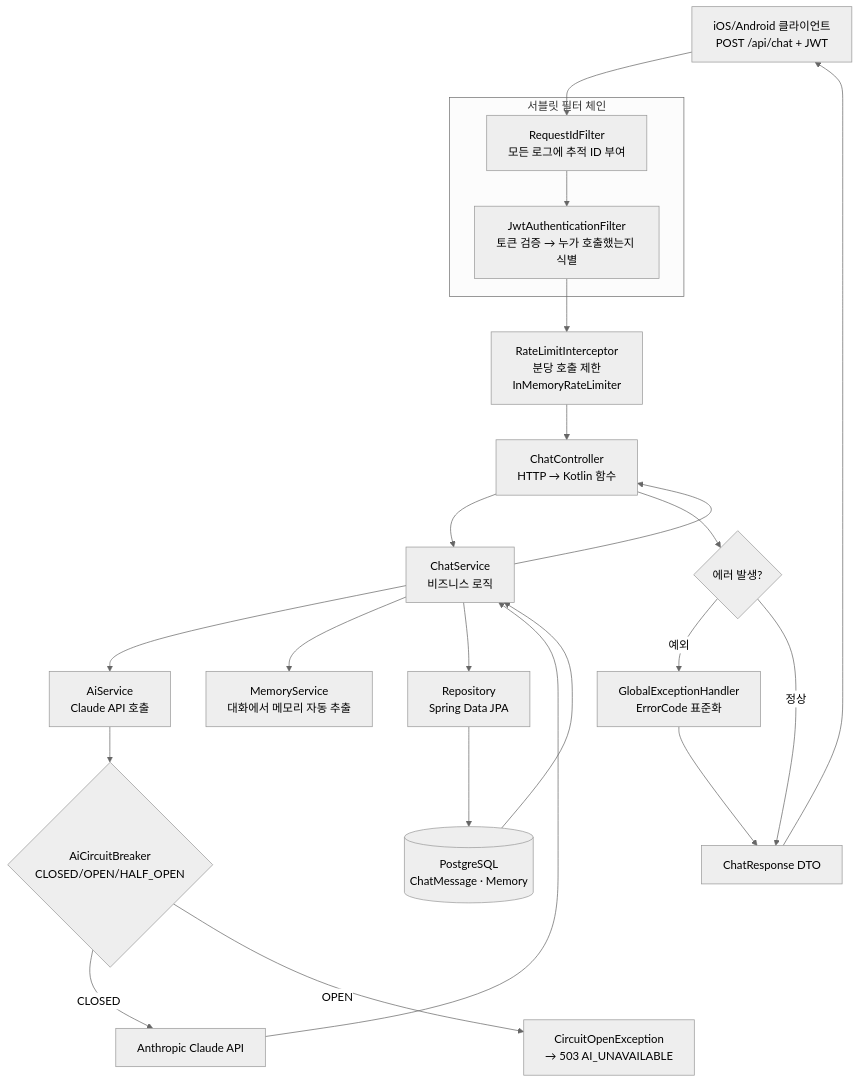
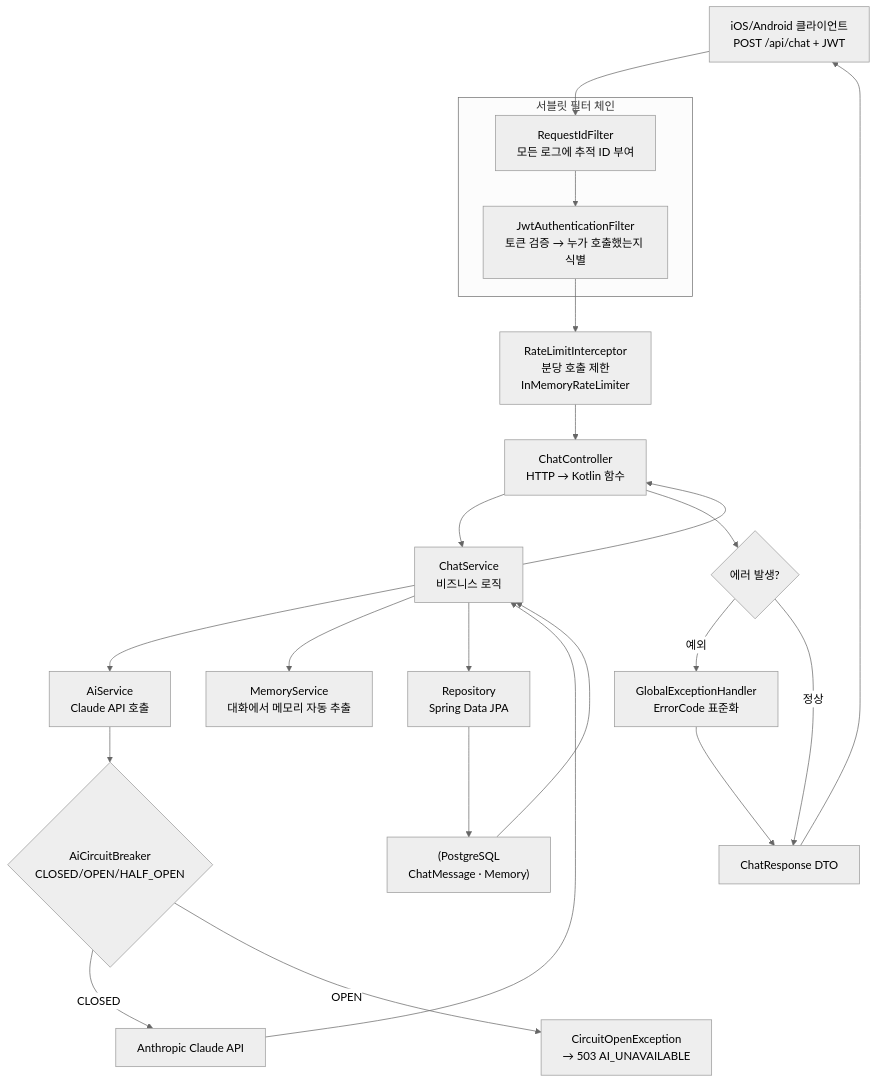
The diagram in content/backend-ai/backend-flow-map-via-aidy-server.mdx (Mino777/ai-study), drawn with Mermaid (neutral theme) before and after one commit. The commit also changed 1 other file, not shown here.

Commit message:
fix: Mermaid subgraph 문법 수정 — label 따옴표 + 노드 괄호 이스케이프
- android 흐름 맵의 subgraph 4개: UI/VM/Data/Interceptors 모두 ["label"] 형식으로
- VM_call 노드의 viewModel.send() 괄호 이스케이프 (["viewModel.send()"])
- backend 흐름 맵의 Filters subgraph도 동일하게 수정
- validate-content.mjs 통과 확인 + npm run build 정상

````diff
--- a/content/backend-ai/backend-flow-map-via-aidy-server.mdx
+++ b/content/backend-ai/backend-flow-map-via-aidy-server.mdx
@@ -81,30 +81,30 @@
 ```mermaid
 flowchart TD
     Client[iOS/Android 클라이언트<br/>POST /api/chat + JWT] --> F1
 
-    subgraph Filters[서블릿 필터 체인]
+    subgraph Filters ["서블릿 필터 체인"]
       F1[RequestIdFilter<br/>모든 로그에 추적 ID 부여] --> F2[JwtAuthenticationFilter<br/>토큰 검증 → 누가 호출했는지 식별]
     end
 
     F2 --> I1[RateLimitInterceptor<br/>분당 호출 제한<br/>InMemoryRateLimiter]
     I1 --> C[ChatController<br/>HTTP → Kotlin 함수]
     C --> S[ChatService<br/>비즈니스 로직]
 
     S --> AI[AiService<br/>Claude API 호출]
     AI --> CB{AiCircuitBreaker<br/>CLOSED/OPEN/HALF_OPEN}
     CB -->|CLOSED| Anthropic[Anthropic Claude API]
     CB -->|OPEN| Fail[CircuitOpenException<br/>→ 503 AI_UNAVAILABLE]
 
     S --> M[MemoryService<br/>대화에서 메모리 자동 추출]
     S --> R[Repository<br/>Spring Data JPA]
-    R --> DB[(PostgreSQL<br/>ChatMessage · Memory)]
+    R --> DB["(PostgreSQL<br/>ChatMessage · Memory)"]
 
     Anthropic --> S
     DB --> S
     S --> C
     C --> EH{에러 발생?}
     EH -->|예외| GEH[GlobalExceptionHandler<br/>ErrorCode 표준화]
     EH -->|정상| Resp[ChatResponse DTO]
     GEH --> Resp
     Resp --> Client
 ```
````
